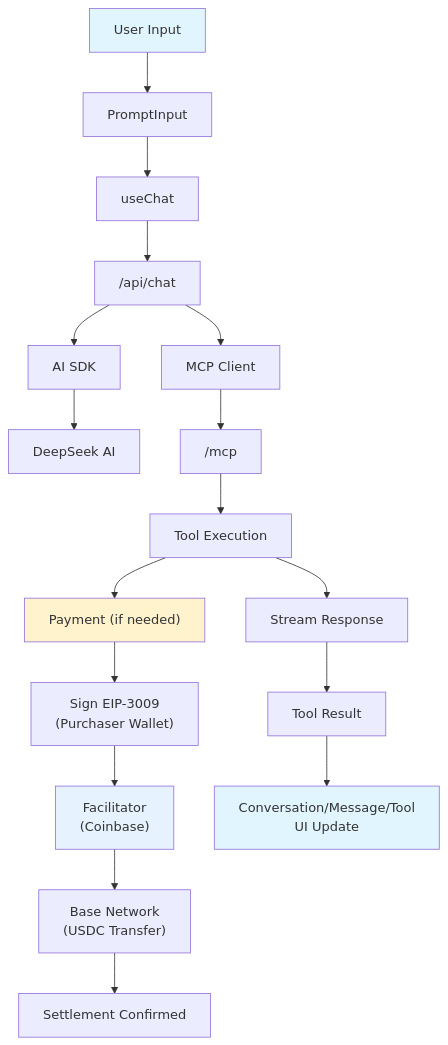
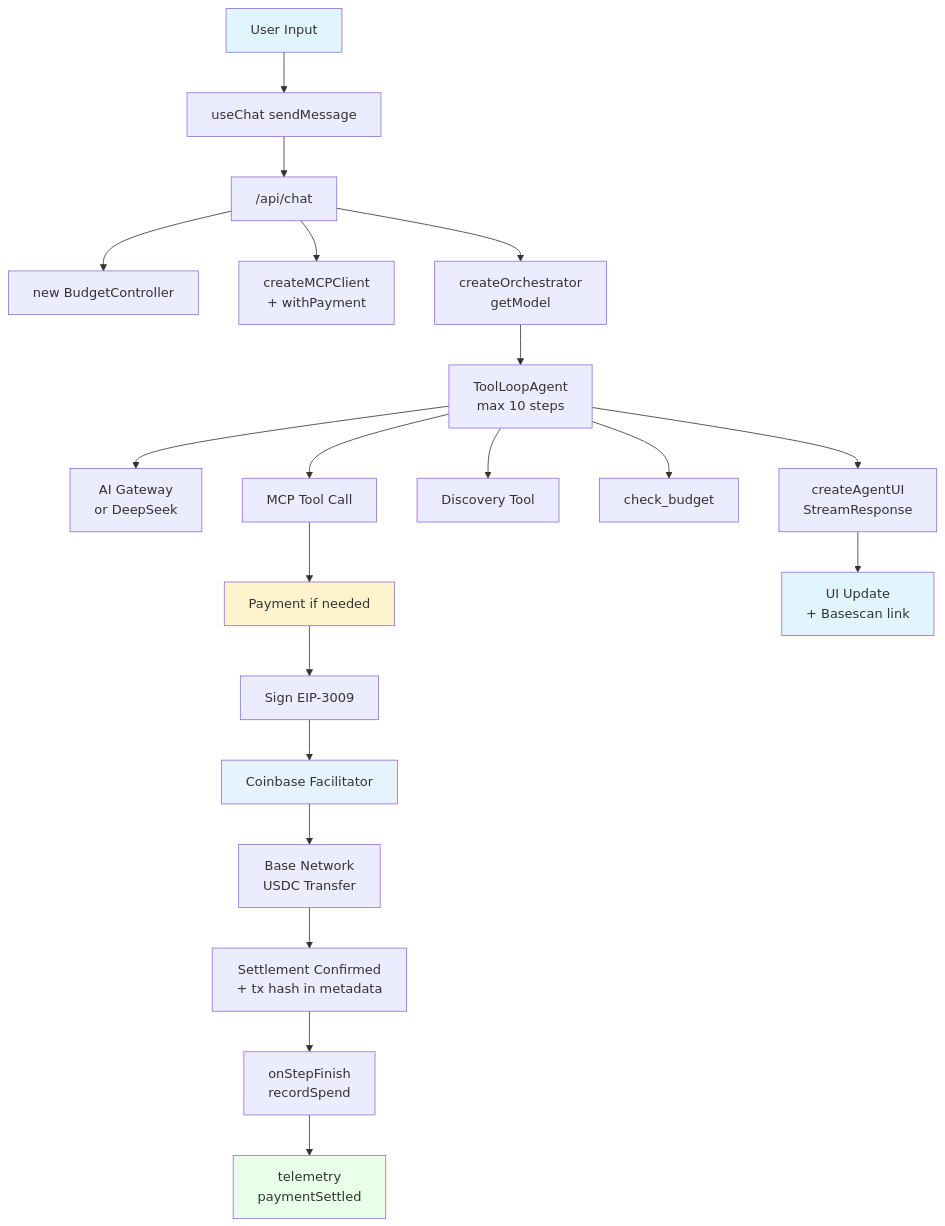
One commit to aijayz/x402-ai-agent changed the fifth of 5 diagrams in reports/architecture-design.md. Above: the diagram before and after it, drawn with Mermaid. The commit also changed other lines of this file and 53 other files, not shown here.

````diff
--- a/reports/architecture-design.md
+++ b/reports/architecture-design.md
@@ -577,27 +852,32 @@
 ```mermaid
 flowchart TD
-    UserInput["User Input"] --> PromptInput["PromptInput"]
-    PromptInput --> UseChat["useChat"]
+    UserInput["User Input"] --> UseChat["useChat sendMessage"]
     UseChat --> ChatAPI["/api/chat"]
-    ChatAPI --> AISDK["AI SDK"]
-    AISDK --> DeepSeek["DeepSeek AI"]
+    ChatAPI --> BudgetInit["new BudgetController"]
+    ChatAPI --> MCPSetup["createMCPClient<br/>+ withPayment"]
+    ChatAPI --> Orchestrator["createOrchestrator<br/>getModel"]
 
-    ChatAPI --> MCPClient["MCP Client"]
-    MCPClient --> MCPRoute["/mcp"]
-    MCPRoute --> ToolExec["Tool Execution"]
+    Orchestrator --> AgentLoop["ToolLoopAgent<br/>max 10 steps"]
+    AgentLoop --> AIGateway["AI Gateway<br/>or DeepSeek"]
+    AgentLoop --> MCPTool["MCP Tool Call"]
+    AgentLoop --> DiscoveryTool["Discovery Tool"]
+    AgentLoop --> BudgetTool["check_budget"]
 
-    ToolExec --> Payment["Payment (if needed)"]
-    Payment --> AuthSign["Sign EIP-3009<br/>(Purchaser Wallet)"]
-    AuthSign --> Facilitator["Facilitator<br/>(Coinbase)"]
-    Facilitator --> BaseNetwork["Base Network<br/>(USDC Transfer)"]
-    BaseNetwork --> SettlementConfirmed["Settlement Confirmed"]
+    MCPTool --> Payment["Payment if needed"]
+    Payment --> AuthSign["Sign EIP-3009"]
+    AuthSign --> Facilitator["Coinbase Facilitator"]
+    Facilitator --> BaseNetwork["Base Network<br/>USDC Transfer"]
+    BaseNetwork --> Settlement["Settlement Confirmed<br/>+ tx hash in metadata"]
 
-    ToolExec --> StreamResp["Stream Response"]
-    StreamResp --> ToolResult["Tool Result"]
-    ToolResult --> UIUpdate["Conversation/Message/Tool<br/>UI Update"]
+    Settlement --> StepFinish["onStepFinish<br/>recordSpend"]
+    StepFinish --> TelemetryLog["telemetry<br/>paymentSettled"]
+
+    AgentLoop --> StreamResp["createAgentUI<br/>StreamResponse"]
+    StreamResp --> UIUpdate["UI Update<br/>+ Basescan link"]
 
     style UserInput fill:#e1f5ff
     style UIUpdate fill:#e1f5ff
     style Payment fill:#fff3cd
     style Facilitator fill:#e6f3ff
+    style TelemetryLog fill:#e8ffe8
 ```
````
